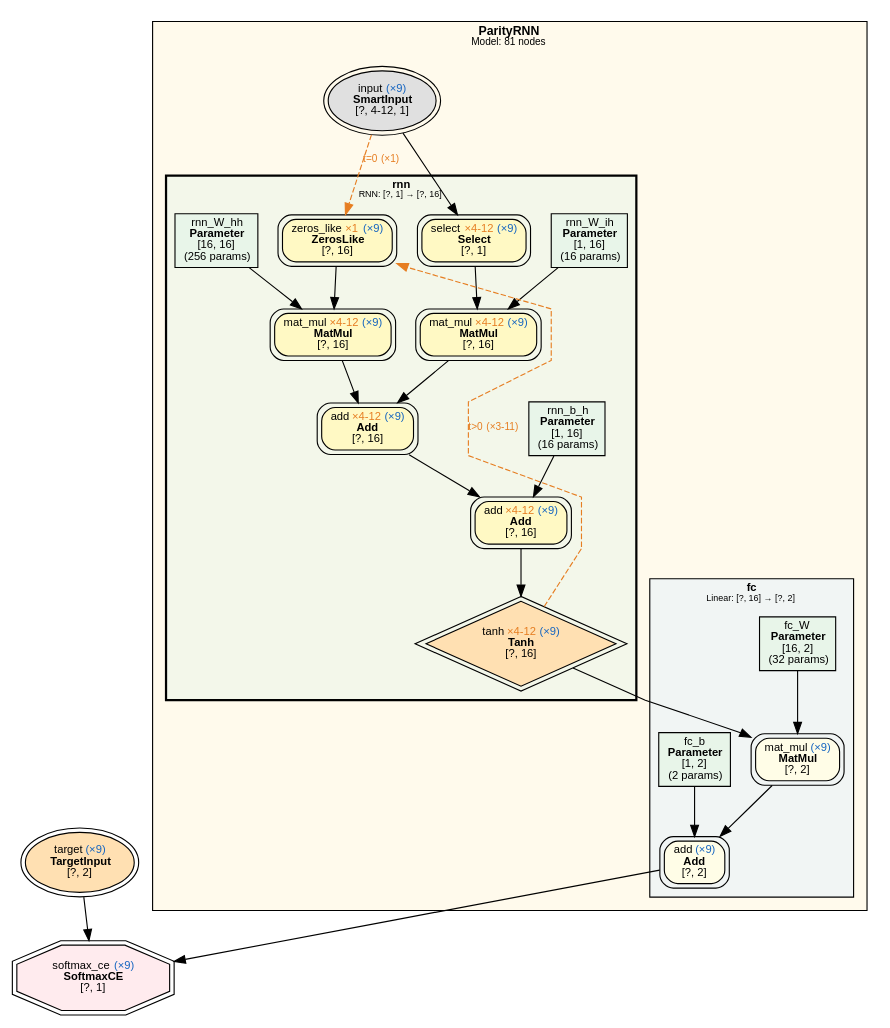
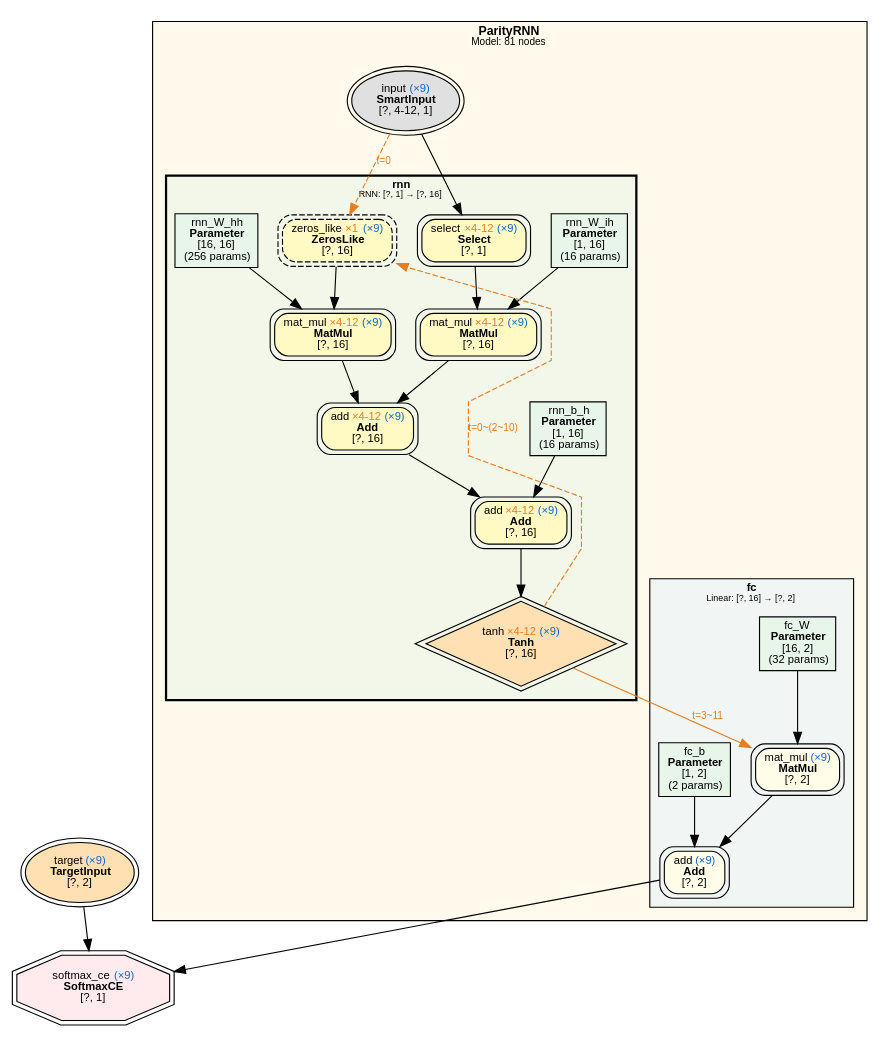
One commit to dbsxdbsx/only_torch changed the diagram in examples/parity_rnn_var_len/parity_rnn_var_len.dot. Above: the diagram before and after it, drawn with Graphviz. The commit also changed 8 other files, not shown here.

First line of the commit message:
style(vis): 优化循环层时间步标签及 ZerosLike 节点样式

```diff
--- a/examples/parity_rnn_var_len/parity_rnn_var_len.dot
+++ b/examples/parity_rnn_var_len/parity_rnn_var_len.dot
@@ -1,71 +1,71 @@
 digraph Model {
     rankdir=TB;
     newrank=true;
     splines=polyline;
     node [fontname="Microsoft YaHei,SimHei,Arial"];
     edge [fontname="Microsoft YaHei,SimHei,Arial"];
 
     subgraph cluster_ParityRNN {
         label=<<B>ParityRNN</B><BR/><FONT POINT-SIZE="9">Model: 81 nodes</FONT>>;
         style=filled;
         fillcolor="#FFECB340";
         fontname="Microsoft YaHei,SimHei,Arial";
         fontsize=11;
         margin=12;
         subgraph cluster_ParityRNN_fc {
             label=<<B>fc</B><BR/><FONT POINT-SIZE="8">Linear: [?, 16] → [?, 2]</FONT>>;
             style=filled;
             fillcolor="#E3F2FD80";
             fontname="Microsoft YaHei,SimHei,Arial";
             fontsize=10;
             margin=8;
             "4" [label=<fc_W<BR/><B>Parameter</B><BR/>[16, 2]<BR/>(32 params)> shape=box style=filled fillcolor="#E8F5E9" fontsize=10];
             "5" [label=<fc_b<BR/><B>Parameter</B><BR/>[1, 2]<BR/>(2 params)> shape=box style=filled fillcolor="#E8F5E9" fontsize=10];
             "488" [label=<mat_mul <FONT COLOR="#1565C0">(×9)</FONT><BR/><B>MatMul</B><BR/>[?, 2]> shape=box style="filled,rounded" fillcolor="#FFFDE7" peripheries=2 fontsize=10];
             "489" [label=<add <FONT COLOR="#1565C0">(×9)</FONT><BR/><B>Add</B><BR/>[?, 2]> shape=box style="filled,rounded" fillcolor="#FFFDE7" peripheries=2 fontsize=10];
         }
         subgraph cluster_ParityRNN_rnn {
             label=<<B>rnn</B><BR/><FONT POINT-SIZE="8">RNN: [?, 1] → [?, 16]</FONT>>;
             style="filled,bold";
             peripheries=3;
             penwidth=2;
             fillcolor="#E8F5E980";
             fontname="Microsoft YaHei,SimHei,Arial";
             fontsize=10;
             margin=8;
             "1" [label=<rnn_W_ih<BR/><B>Parameter</B><BR/>[1, 16]<BR/>(16 params)> shape=box style=filled fillcolor="#E8F5E9" fontsize=10];
             "2" [label=<rnn_W_hh<BR/><B>Parameter</B><BR/>[16, 16]<BR/>(256 params)> shape=box style=filled fillcolor="#E8F5E9" fontsize=10];
             "3" [label=<rnn_b_h<BR/><B>Parameter</B><BR/>[1, 16]<BR/>(16 params)> shape=box style=filled fillcolor="#E8F5E9" fontsize=10];
-            "415" [label=<zeros_like <FONT COLOR="#E67E22">×1</FONT> <FONT COLOR="#1565C0">(×9)</FONT><BR/><B>ZerosLike</B><BR/>[?, 16]> shape=box style="filled,rounded" fillcolor="#FFF9C4" peripheries=2 fontsize=10];
+            "415" [label=<zeros_like <FONT COLOR="#E67E22">×1</FONT> <FONT COLOR="#1565C0">(×9)</FONT><BR/><B>ZerosLike</B><BR/>[?, 16]> shape=box style="filled,rounded,dashed" fillcolor="#FFF9C4" peripheries=2 fontsize=10];
             "416" [label=<select <FONT COLOR="#E67E22">×4-12</FONT> <FONT COLOR="#1565C0">(×9)</FONT><BR/><B>Select</B><BR/>[?, 1]> shape=box style="filled,rounded" fillcolor="#FFF9C4" peripheries=2 fontsize=10];
             "417" [label=<mat_mul <FONT COLOR="#E67E22">×4-12</FONT> <FONT COLOR="#1565C0">(×9)</FONT><BR/><B>MatMul</B><BR/>[?, 16]> shape=box style="filled,rounded" fillcolor="#FFF9C4" peripheries=2 fontsize=10];
             "418" [label=<mat_mul <FONT COLOR="#E67E22">×4-12</FONT> <FONT COLOR="#1565C0">(×9)</FONT><BR/><B>MatMul</B><BR/>[?, 16]> shape=box style="filled,rounded" fillcolor="#FFF9C4" peripheries=2 fontsize=10];
             "419" [label=<add <FONT COLOR="#E67E22">×4-12</FONT> <FONT COLOR="#1565C0">(×9)</FONT><BR/><B>Add</B><BR/>[?, 16]> shape=box style="filled,rounded" fillcolor="#FFF9C4" peripheries=2 fontsize=10];
             "420" [label=<add <FONT COLOR="#E67E22">×4-12</FONT> <FONT COLOR="#1565C0">(×9)</FONT><BR/><B>Add</B><BR/>[?, 16]> shape=box style="filled,rounded" fillcolor="#FFF9C4" peripheries=2 fontsize=10];
             "421" [label=<tanh <FONT COLOR="#E67E22">×4-12</FONT> <FONT COLOR="#1565C0">(×9)</FONT><BR/><B>Tanh</B><BR/>[?, 16]> shape=diamond style=filled fillcolor="#FFE0B2" peripheries=2 fontsize=10];
         }
         "414" [label=<input <FONT COLOR="#1565C0">(×9)</FONT><BR/><B>SmartInput</B><BR/>[?, 4-12, 1]> shape=ellipse style=filled fillcolor="#E0E0E0" peripheries=2 fontsize=10];
     }
 
     "490" [label=<target <FONT COLOR="#1565C0">(×9)</FONT><BR/><B>TargetInput</B><BR/>[?, 2]> shape=ellipse style=filled fillcolor="#FFE0B2" peripheries=2 fontsize=10];
     "491" [label=<softmax_ce <FONT COLOR="#1565C0">(×9)</FONT><BR/><B>SoftmaxCE</B><BR/>[?, 1]> shape=octagon style=filled fillcolor="#FFEBEE" peripheries=2 fontsize=10];
 
     "414" -> "416";
     "416" -> "417";
     "1" -> "417";
     "415" -> "418";
     "2" -> "418";
     "417" -> "419";
     "418" -> "419";
     "419" -> "420";
     "3" -> "420";
     "420" -> "421";
-    "421" -> "488";
+    "421" -> "488" [color="#E67E22" label=<t=3~11> fontcolor="#E67E22" fontsize=9];
     "4" -> "488";
     "488" -> "489";
     "5" -> "489";
     "489" -> "491";
     "490" -> "491";
-    "414" -> "415" [style=dashed color="#E67E22" label=<t=0 <FONT COLOR="#E67E22">(×1)</FONT>> fontcolor="#E67E22" fontsize=9];
-    "421" -> "415" [style=dashed color="#E67E22" label=<t&gt;0 <FONT COLOR="#E67E22">(×3-11)</FONT>> fontcolor="#E67E22" fontsize=9 constraint=false];
+    "414" -> "415" [style=dashed color="#E67E22" label=<t=0> fontcolor="#E67E22" fontsize=9];
+    "421" -> "415" [style=dashed color="#E67E22" label=<t=0~(2~10)> fontcolor="#E67E22" fontsize=9 constraint=false];
 }
```
